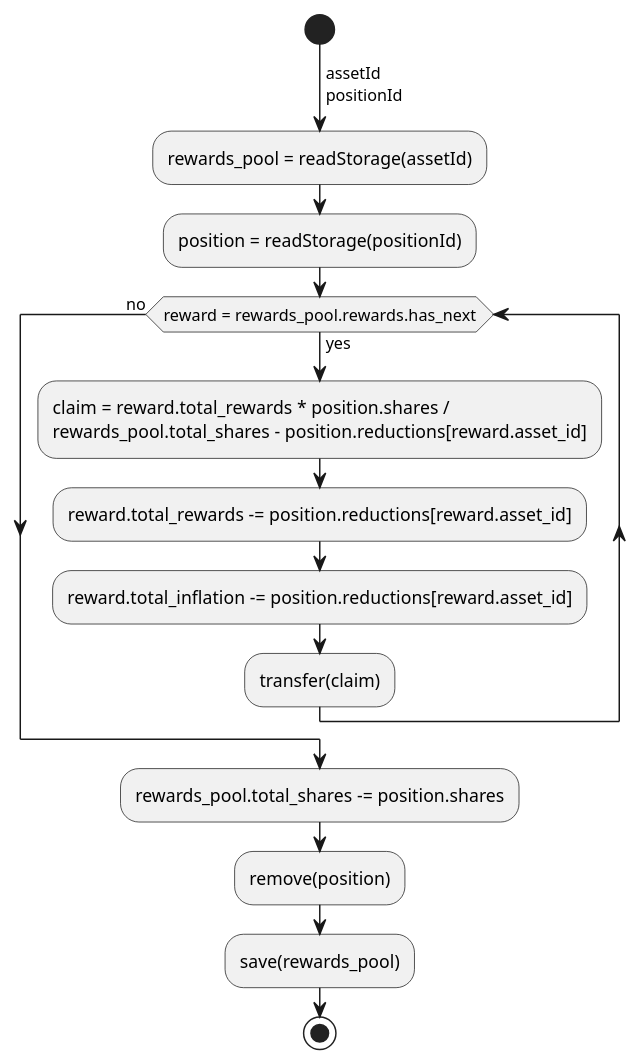
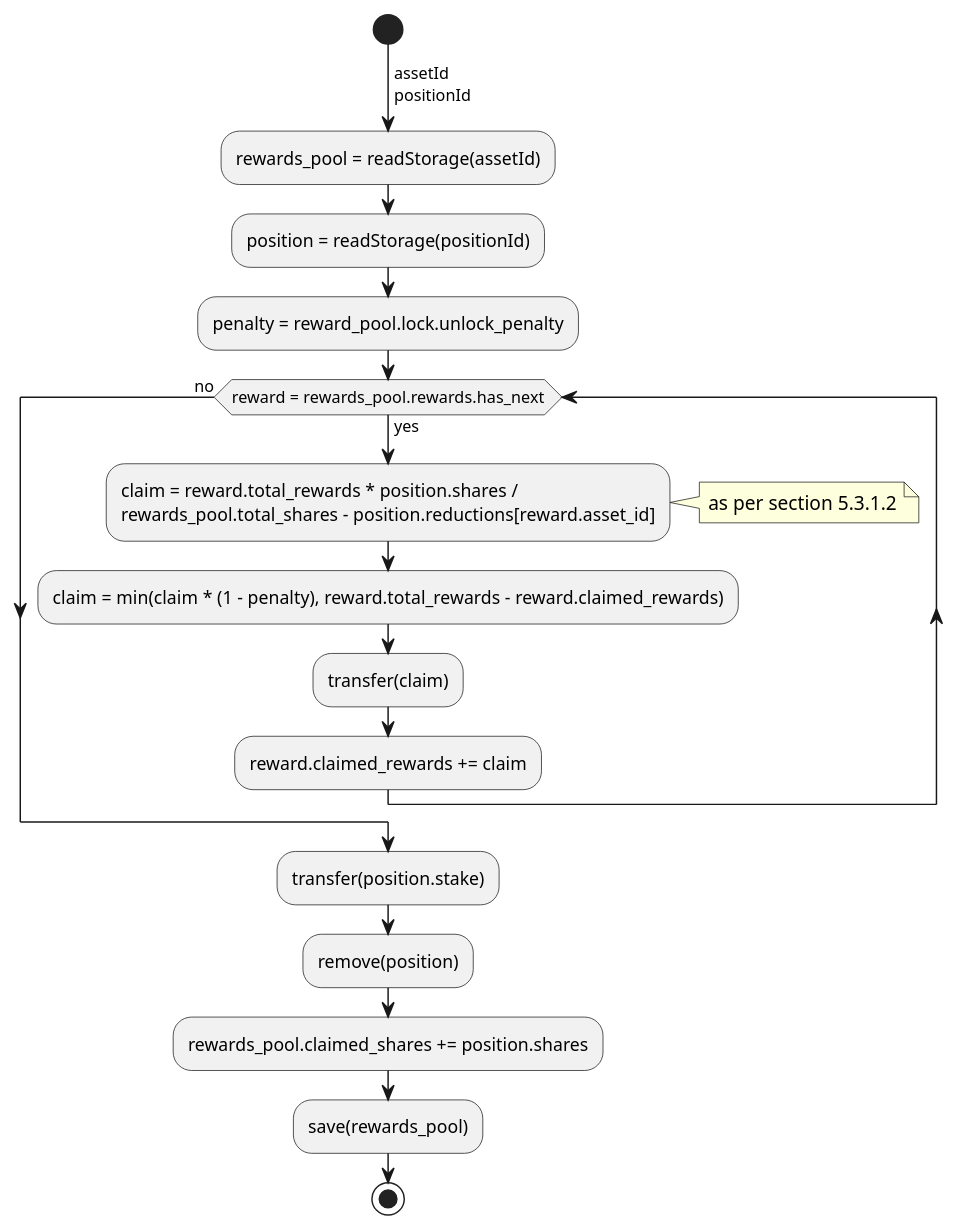
The seventh of 9 diagrams in rfcs/0005-pablo-distribution-assets/0005-pablo-distribution.adoc (ComposableFi/composable), drawn with PlantUML before and after one commit. The commit also changed other lines of this file and 8 other files, not shown here.

```diff
--- a/rfcs/0005-pablo-distribution-assets/0005-pablo-distribution.adoc
+++ b/rfcs/0005-pablo-distribution-assets/0005-pablo-distribution.adoc
@@ -455,17 +461,20 @@
 [plantuml,images/claim,png]
 ----
 start
 ->assetId\npositionId;
 :rewards_pool = readStorage(assetId);
 :position = readStorage(positionId);
+:penalty = reward_pool.lock.unlock_penalty;
 while (reward = rewards_pool.rewards.has_next) is (yes)
     :claim = reward.total_rewards * position.shares /\nrewards_pool.total_shares - position.reductions[reward.asset_id];
-    :reward.total_rewards -= position.reductions[reward.asset_id];
-    :reward.total_inflation -= position.reductions[reward.asset_id];
+    note right: as per section 5.3.1.2
+    :claim = min(claim * (1 - penalty), reward.total_rewards - reward.claimed_rewards);
     :transfer(claim);
+    :reward.claimed_rewards += claim;
 endwhile (no)
-:rewards_pool.total_shares -= position.shares;
+:transfer(position.stake);
 :remove(position);
+:rewards_pool.claimed_shares += position.shares;
 :save(rewards_pool);
 stop
 ----
```
